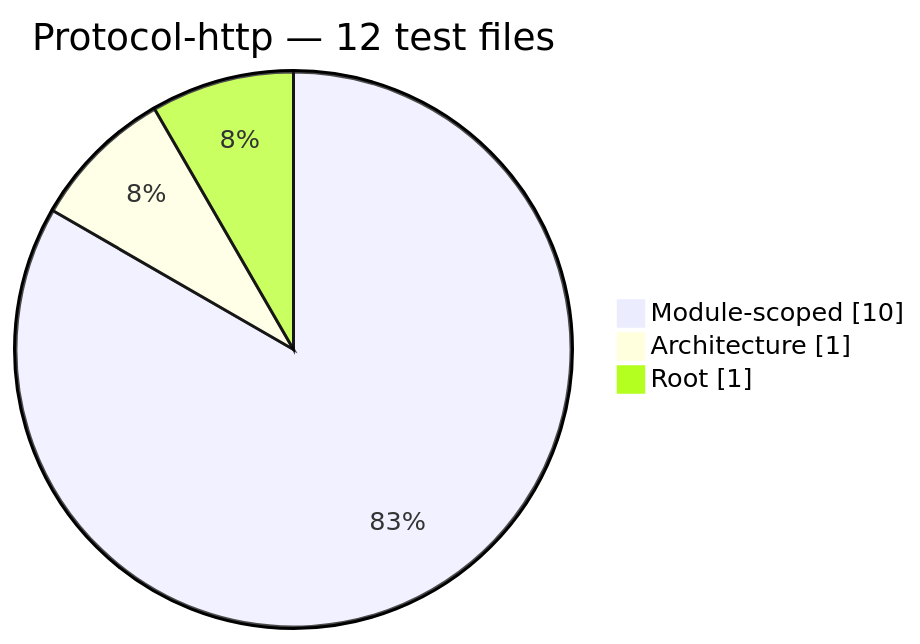
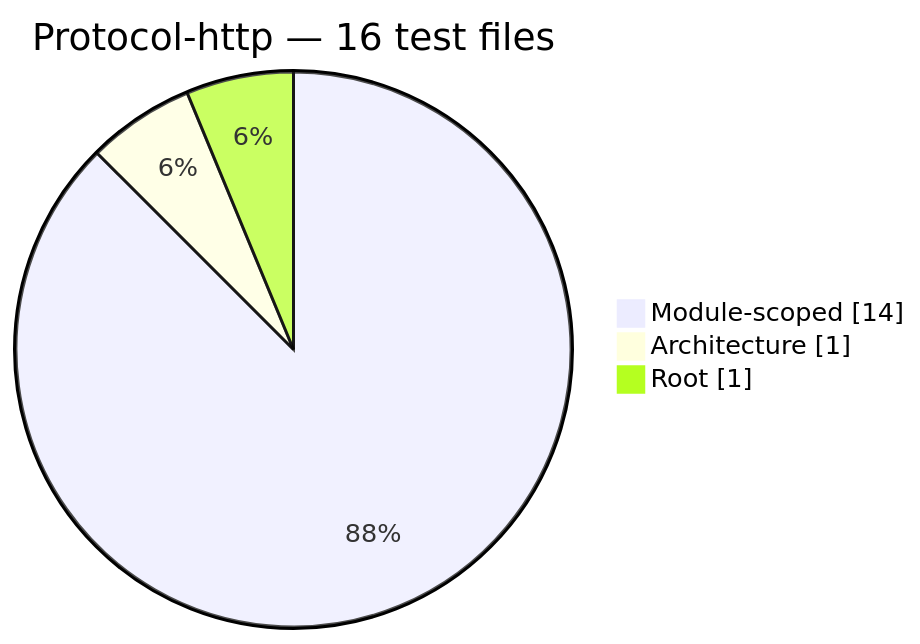
The ninth of 13 diagrams in docs/generated/test-composition.md (PHP-Arazzo/php-arazzo), drawn with Mermaid before and after one commit. The commit also changed other lines of this file and 23 other files, not shown here.

Commit message:
docs(generated): sync architecture diagrams and public API reference

````diff
--- a/docs/generated/test-composition.md
+++ b/docs/generated/test-composition.md
@@ -134,7 +134,7 @@
 ```mermaid
 pie showData
-    title Protocol-http — 12 test files
-    "Module-scoped": 10
+    title Protocol-http — 16 test files
+    "Module-scoped": 14
     "Architecture": 1
     "Root": 1
 ```
````
